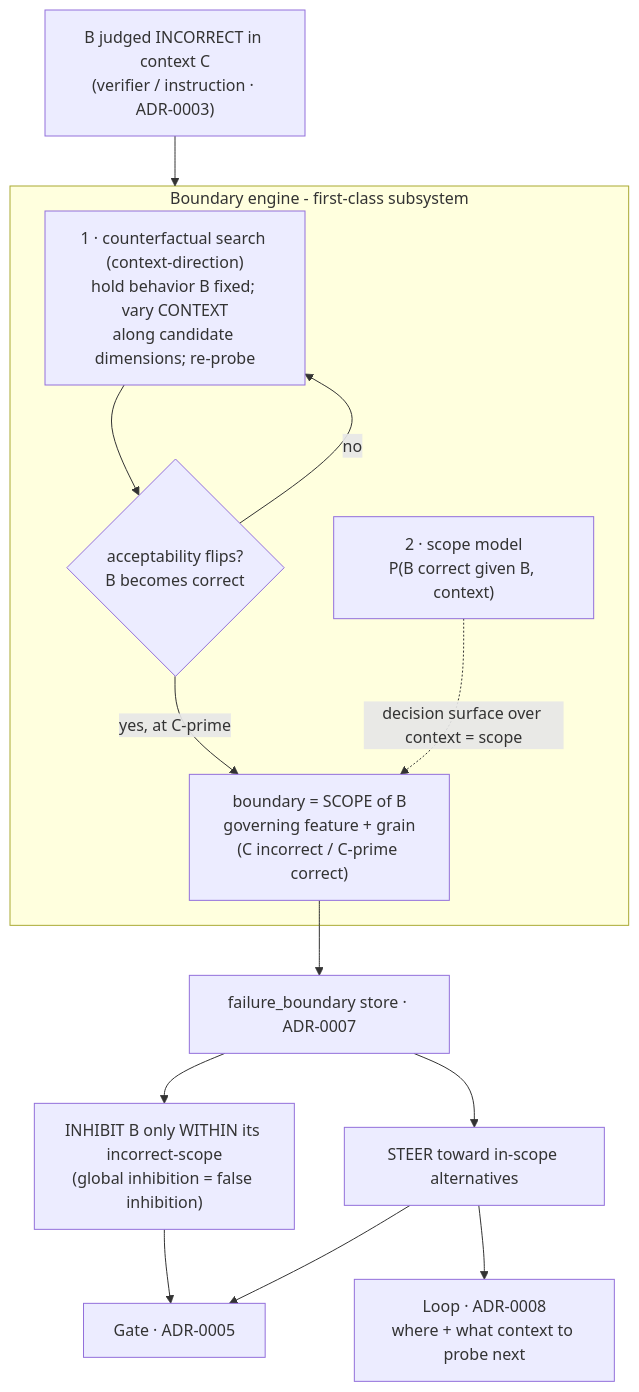
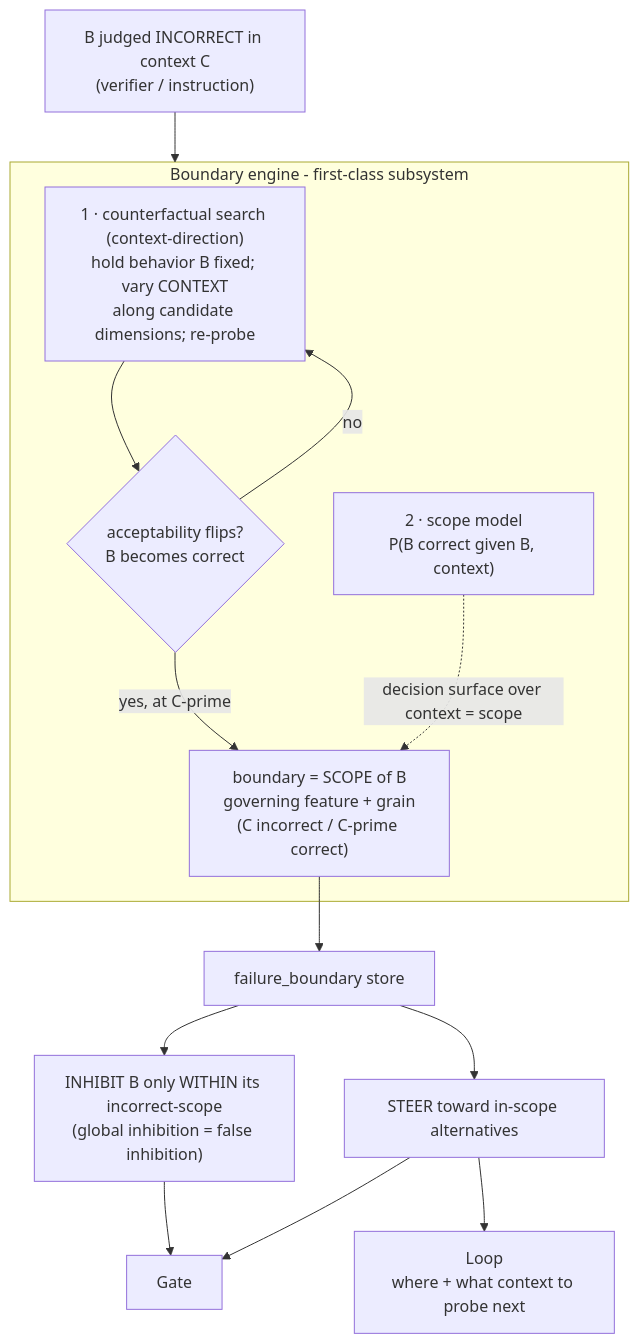
One commit to albedosehen/antumbra changed the tenth of 15 diagrams in docs/diagrams.md. Above: the diagram before and after it, drawn with Mermaid. The commit also changed other lines of this file and 93 other files, not shown here.

````diff
--- a/docs/diagrams.md
+++ b/docs/diagrams.md
@@ -220,17 +219,17 @@
 ```mermaid
 flowchart TB
-    F["B judged INCORRECT in context C<br/>(verifier / instruction · ADR-0003)"] --> ENG
+    F["B judged INCORRECT in context C<br/>(verifier / instruction)"] --> ENG
     subgraph ENG["Boundary engine - first-class subsystem"]
         SRCH["1 · counterfactual search (context-direction)<br/>hold behavior B fixed; vary CONTEXT<br/>along candidate dimensions; re-probe"]
         SRCH --> FLIP{"acceptability flips?<br/>B becomes correct"}
         FLIP -->|"no"| SRCH
         FLIP -->|"yes, at C-prime"| BND["boundary = SCOPE of B<br/>governing feature + grain<br/>(C incorrect / C-prime correct)"]
         MODEL["2 · scope model<br/>P(B correct given B, context)"] -. "decision surface over context = scope" .-> BND
     end
-    BND --> STORE["failure_boundary store · ADR-0007"]
+    BND --> STORE["failure_boundary store"]
     STORE --> INH["INHIBIT B only WITHIN its incorrect-scope<br/>(global inhibition = false inhibition)"]
     STORE --> STEER["STEER toward in-scope alternatives"]
-    INH --> R["Gate · ADR-0005"]
+    INH --> R["Gate"]
     STEER --> R
-    STEER --> L["Loop · ADR-0008<br/>where + what context to probe next"]
+    STEER --> L["Loop<br/>where + what context to probe next"]
 ```
````
